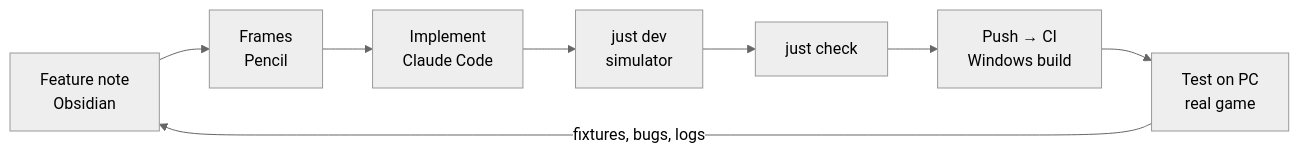
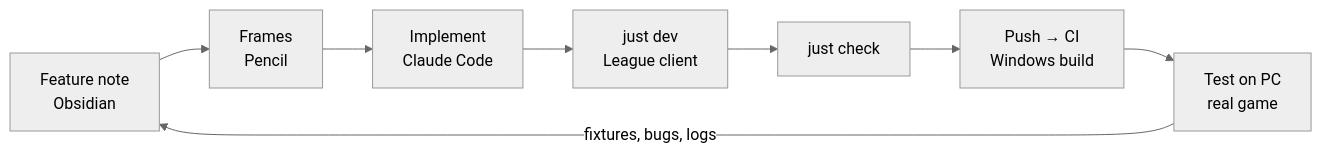
Before and after one commit to fgirardey/gymdiff: the diagram in docs/Workflow/Development.md, drawn with Mermaid (neutral theme). The commit also changed other lines of this file and 55 other files, not shown here.

First line of the commit message:
chore: remove the simulator and the recorder, develop against the League client

````diff
--- a/docs/Workflow/Development.md
+++ b/docs/Workflow/Development.md
@@ -18,10 +18,10 @@
 ```mermaid
 flowchart LR
     A[Feature note<br/>Obsidian] --> B[Frames<br/>Pencil]
     B --> C[Implement<br/>Claude Code]
-    C --> D[just dev<br/>simulator]
+    C --> D[just dev<br/>League client]
     D --> E[just check]
     E --> F[Push → CI<br/>Windows build]
     F --> G[Test on PC<br/>real game]
     G -- fixtures, bugs, logs --> A
 ```
````
